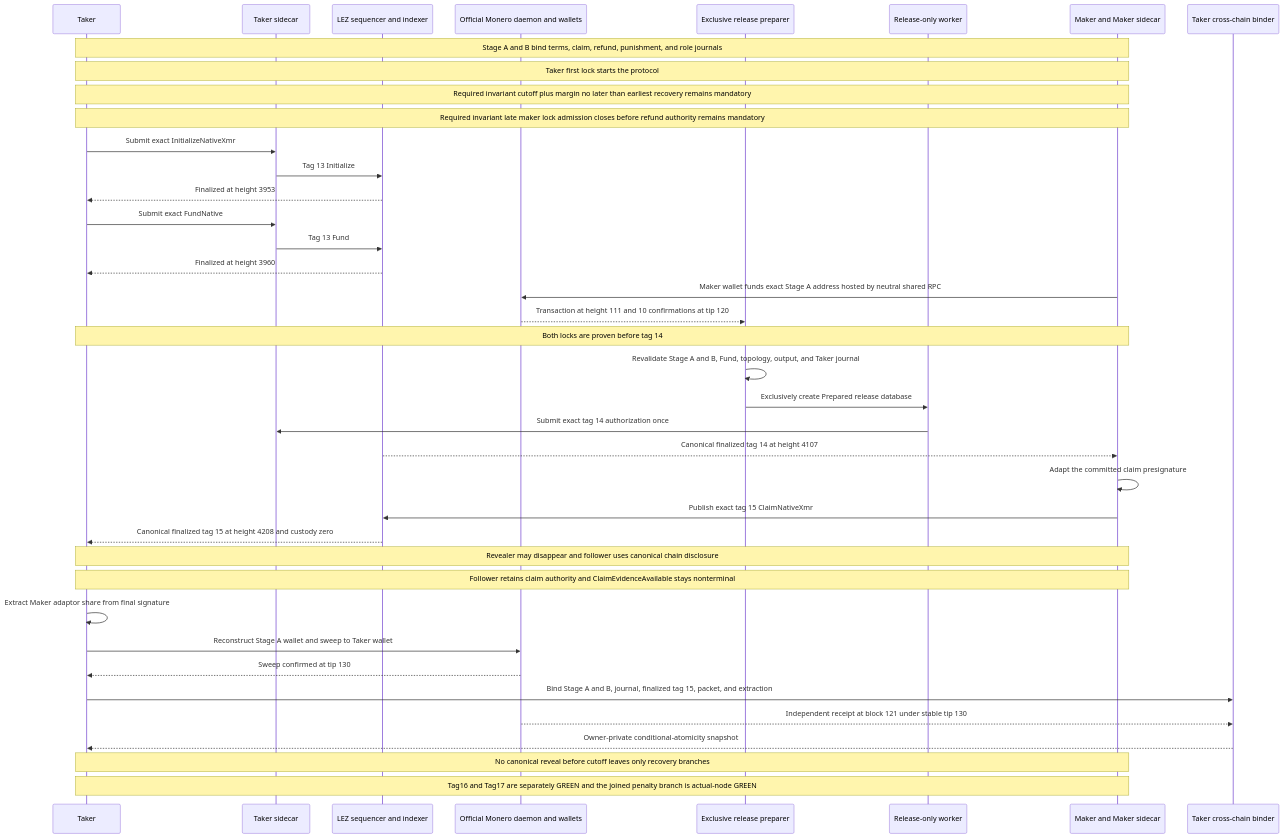
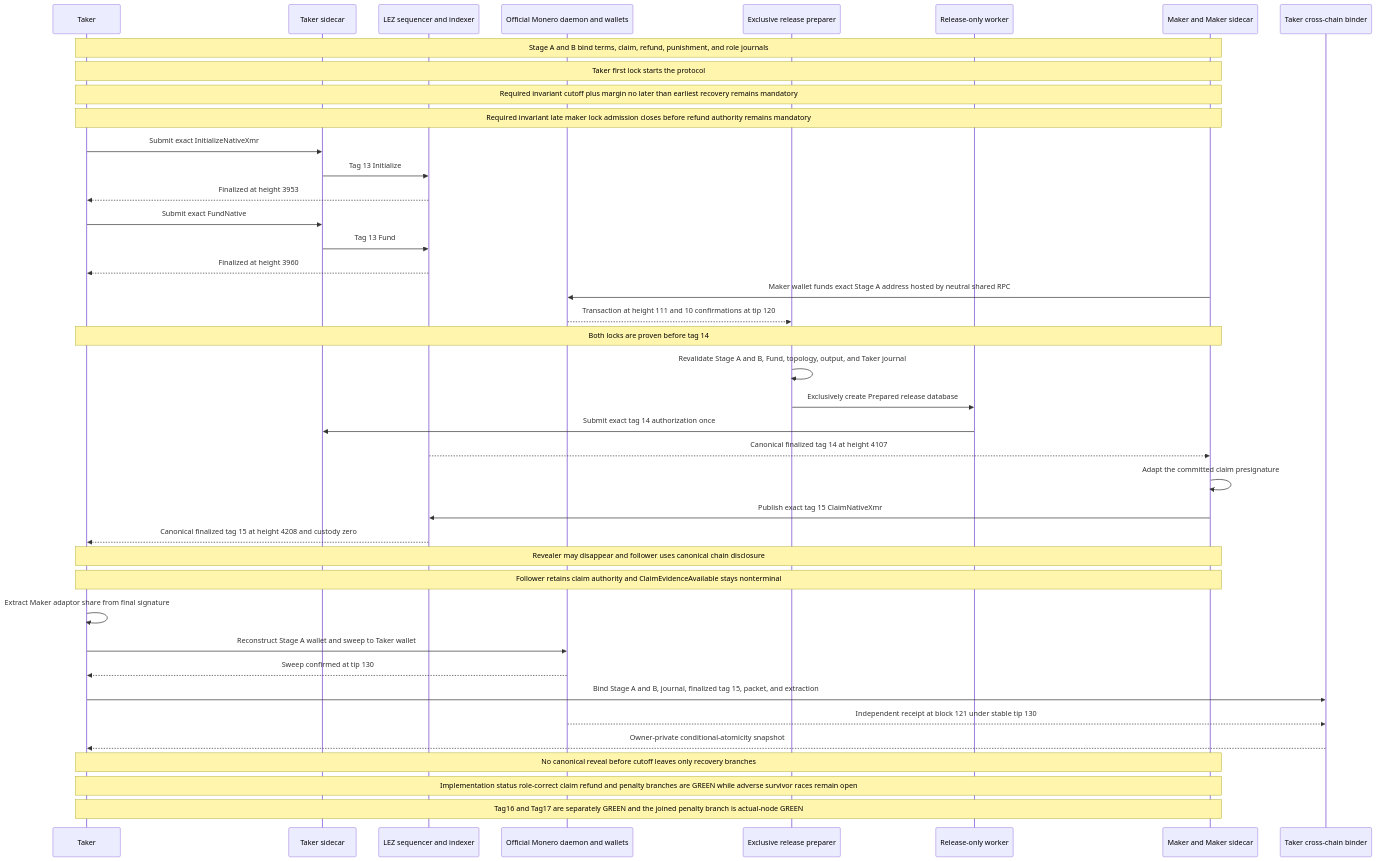
One commit to gateway-fm/lez-atomic-swaps changed diagram 29 of 59 in docs/architecture/system-architecture.md. Above: the diagram before and after it, drawn with Mermaid. The commit also changed 22 other files, not shown here.

````diff
--- a/docs/architecture/system-architecture.md
+++ b/docs/architecture/system-architecture.md
@@ -2702,42 +2702,43 @@
 ```mermaid
 sequenceDiagram
     participant T as Taker
     participant TS as Taker sidecar
     participant L as LEZ sequencer and indexer
     participant X as Official Monero daemon and wallets
     participant P as Exclusive release preparer
     participant W as Release-only worker
     participant M as Maker and Maker sidecar
     participant B as Taker cross-chain binder
 
     Note over T,M: Stage A and B bind terms, claim, refund, punishment, and role journals
     Note over T,M: Taker first lock starts the protocol
     Note over T,M: Required invariant cutoff plus margin no later than earliest recovery remains mandatory
     Note over T,M: Required invariant late maker lock admission closes before refund authority remains mandatory
     T->>TS: Submit exact InitializeNativeXmr
     TS->>L: Tag 13 Initialize
     L-->>T: Finalized at height 3953
     T->>TS: Submit exact FundNative
     TS->>L: Tag 13 Fund
     L-->>T: Finalized at height 3960
     M->>X: Maker wallet funds exact Stage A address hosted by neutral shared RPC
     X-->>P: Transaction at height 111 and 10 confirmations at tip 120
     Note over T,M: Both locks are proven before tag 14
     P->>P: Revalidate Stage A and B, Fund, topology, output, and Taker journal
     P->>W: Exclusively create Prepared release database
     W->>TS: Submit exact tag 14 authorization once
     L-->>M: Canonical finalized tag 14 at height 4107
     M->>M: Adapt the committed claim presignature
     M->>L: Publish exact tag 15 ClaimNativeXmr
     L-->>T: Canonical finalized tag 15 at height 4208 and custody zero
     Note over T,M: Revealer may disappear and follower uses canonical chain disclosure
     Note over T,M: Follower retains claim authority and ClaimEvidenceAvailable stays nonterminal
     T->>T: Extract Maker adaptor share from final signature
     T->>X: Reconstruct Stage A wallet and sweep to Taker wallet
     X-->>T: Sweep confirmed at tip 130
     T->>B: Bind Stage A and B, journal, finalized tag 15, packet, and extraction
     X-->>B: Independent receipt at block 121 under stable tip 130
     B-->>T: Owner-private conditional-atomicity snapshot
     Note over T,M: No canonical reveal before cutoff leaves only recovery branches
+    Note over T,M: Implementation status role-correct claim refund and penalty branches are GREEN while adverse survivor races remain open
     Note over T,M: Tag16 and Tag17 are separately GREEN and the joined penalty branch is actual-node GREEN
 ```
````
